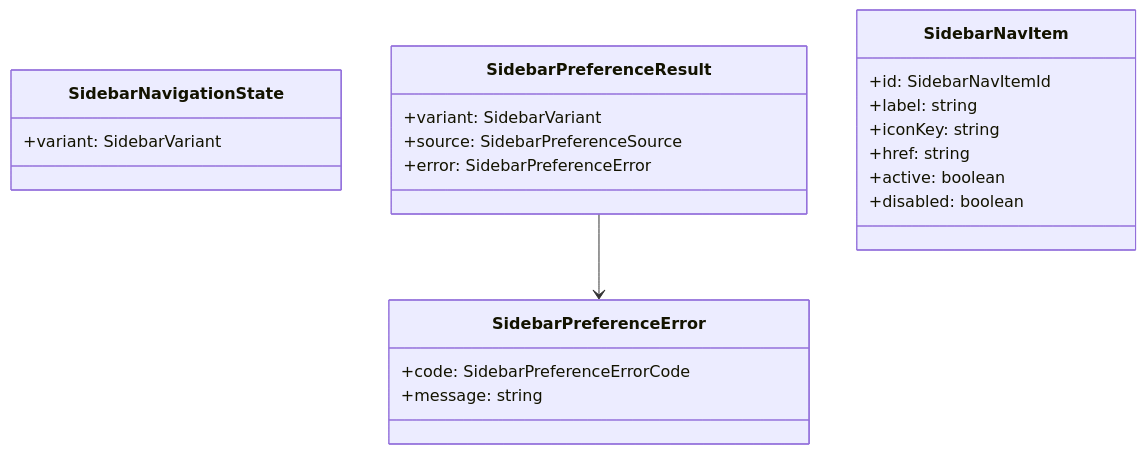
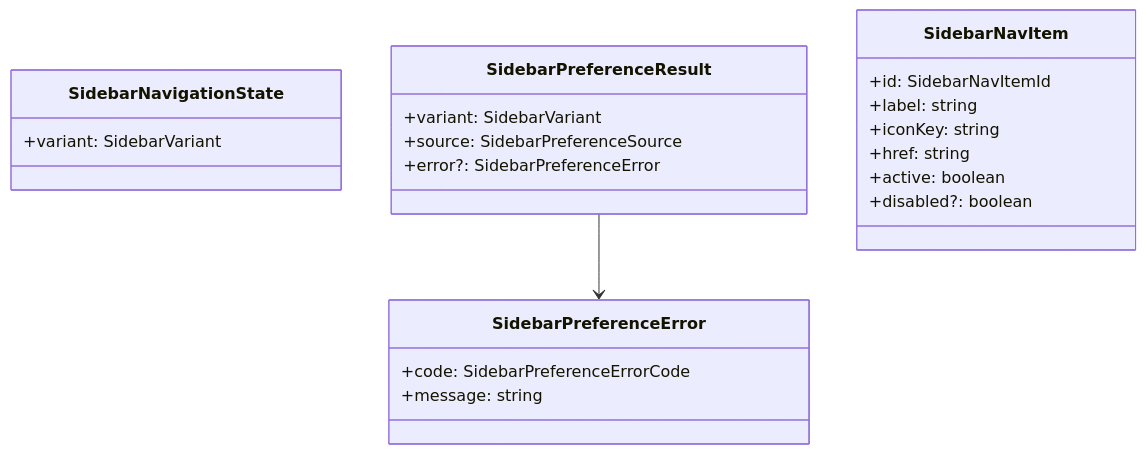
One commit to LevelCapTech/Agile-PMBOK-Assist changed the seventh of 11 diagrams in .github/copilot/plans/127-layout-sidebar-nav-rail.md. Above: the diagram before and after it, drawn with Mermaid. The commit also changed other lines of this file, not shown here.

First line of the commit message:
fix: 設計図の型整合を更新

````diff
--- a/.github/copilot/plans/127-layout-sidebar-nav-rail.md
+++ b/.github/copilot/plans/127-layout-sidebar-nav-rail.md
@@ -633,24 +636,24 @@
 ```mermaid
 classDiagram
   class SidebarNavigationState {
     +variant: SidebarVariant
   }
   class SidebarPreferenceResult {
     +variant: SidebarVariant
     +source: SidebarPreferenceSource
-    +error: SidebarPreferenceError
+    +error?: SidebarPreferenceError
   }
   class SidebarPreferenceError {
     +code: SidebarPreferenceErrorCode
     +message: string
   }
   class SidebarNavItem {
     +id: SidebarNavItemId
     +label: string
     +iconKey: string
     +href: string
     +active: boolean
-    +disabled: boolean
+    +disabled?: boolean
   }
   SidebarPreferenceResult --> SidebarPreferenceError
 ```
````
